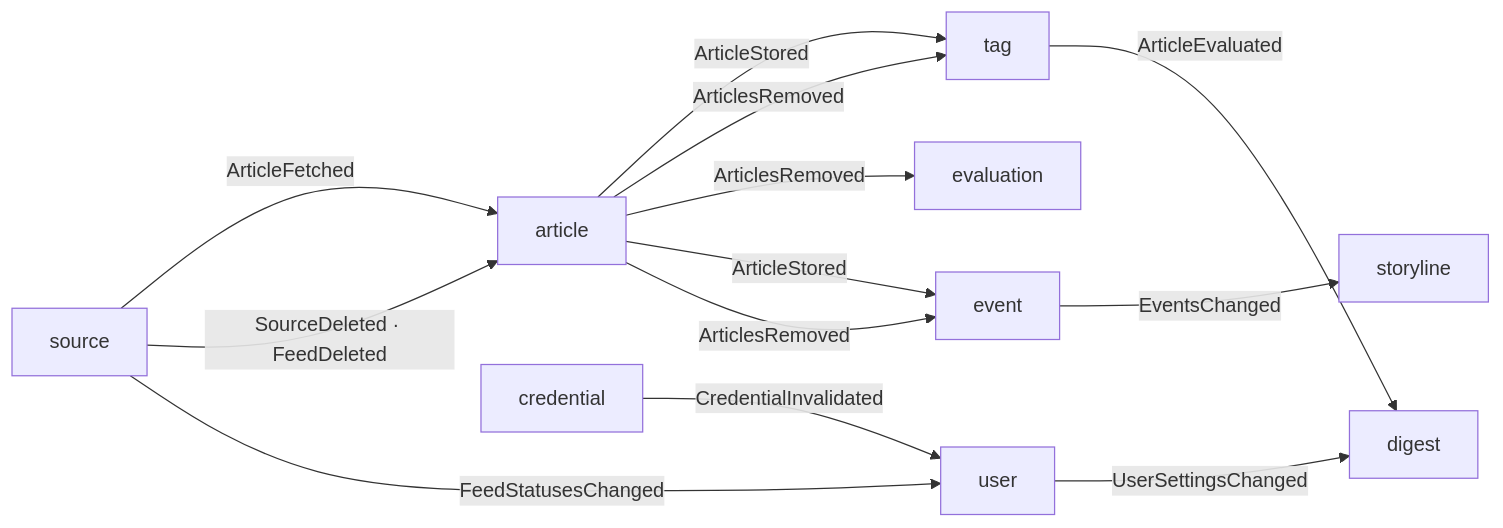
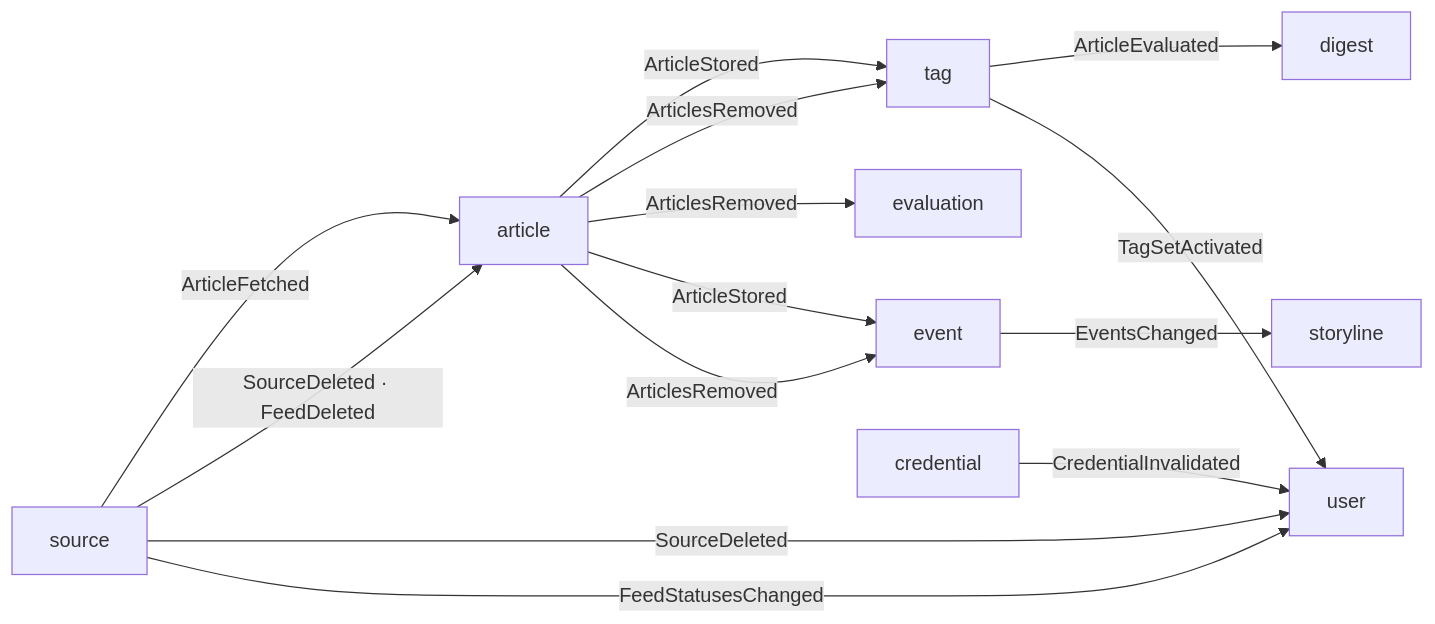
Before and after one commit to Theia0382/yozm-news: the second of 2 diagrams in docs/overview.md, drawn with Mermaid. The commit also changed other lines of this file and 27 other files, not shown here.

````diff
--- a/docs/overview.md
+++ b/docs/overview.md
@@ -137,15 +137,16 @@
 ```mermaid
 flowchart LR
     source -- ArticleFetched --> article
     source -- SourceDeleted · FeedDeleted --> article
+    source -- SourceDeleted --> user
     source -- FeedStatusesChanged --> user
     article -- ArticleStored --> tag
     article -- ArticlesRemoved --> tag
     article -- ArticlesRemoved --> evaluation
     article -- ArticleStored --> event
     article -- ArticlesRemoved --> event
     event -- EventsChanged --> storyline
     tag -- ArticleEvaluated --> digest
-    user -- UserSettingsChanged --> digest
+    tag -- TagSetActivated --> user
     credential -- CredentialInvalidated --> user
 ```
````
